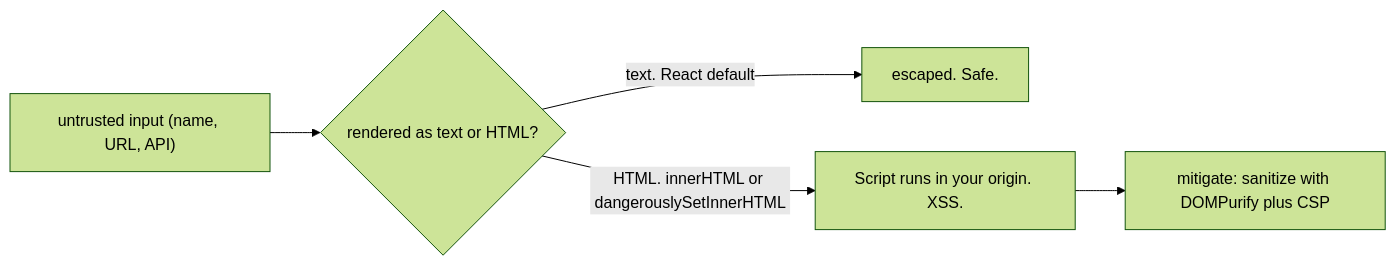
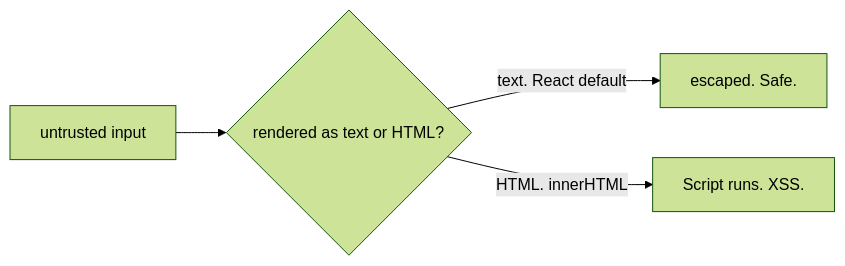
One commit to ashishxcode/frontend-internals changed the first of 2 diagrams in packages/content/content/14-web-security.mdx. Above: the diagram before and after it, drawn with Mermaid (forest theme). The commit also changed other lines of this file and 34 other files, not shown here.

````diff
--- a/packages/content/content/14-web-security.mdx
+++ b/packages/content/content/14-web-security.mdx
@@ -52,7 +24,6 @@
 ```mermaid
 flowchart LR
-  input["untrusted input (name, URL, API)"] --> q{rendered as text or HTML?}
+  input["untrusted input"] --> q{rendered as text or HTML?}
   q -->|text. React default| safe[escaped. Safe.]
-  q -->|HTML. innerHTML or dangerouslySetInnerHTML| danger[Script runs in your origin. XSS.]
-  danger --> mit[mitigate: sanitize with DOMPurify plus CSP]
+  q -->|HTML. innerHTML| danger[Script runs. XSS.]
 ```
````
